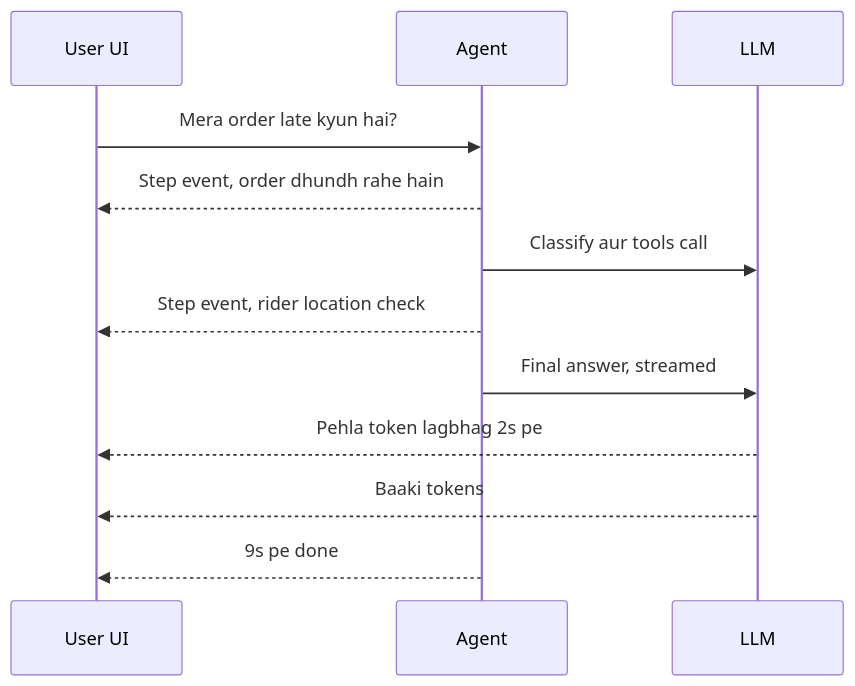
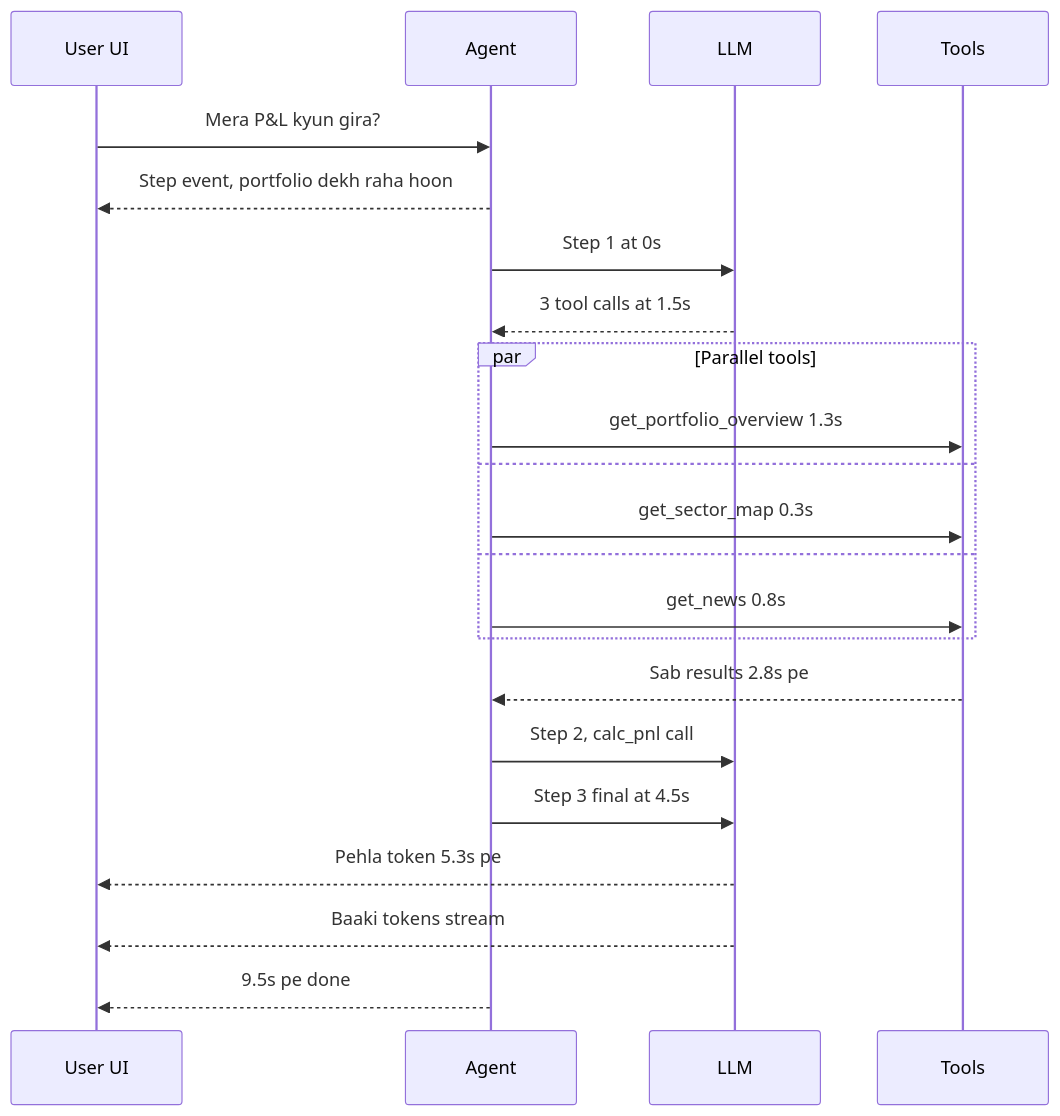
The fifth of 7 diagrams in content/11-agentic/11-cost-latency.md (flow6979/viewinter), drawn with Mermaid before and after one commit. The commit also changed other lines of this file and 26 other files, not shown here.

First line of the commit message:
Agentic AI: rewrite all 13 pages to explain from scratch; animate diagrams on every article

````diff
--- a/content/11-agentic/11-cost-latency.md
+++ b/content/11-agentic/11-cost-latency.md
@@ -231,14 +465,24 @@
 ```mermaid
 sequenceDiagram
     participant U as User UI
     participant A as Agent
     participant L as LLM
-    U->>A: Mera order late kyun hai?
-    A-->>U: Step event, order dhundh rahe hain
-    A->>L: Classify aur tools call
-    A-->>U: Step event, rider location check
-    A->>L: Final answer, streamed
-    L-->>U: Pehla token lagbhag 2s pe
-    L-->>U: Baaki tokens
-    A-->>U: 9s pe done
+    participant T as Tools
+    U->>A: Mera P&L kyun gira?
+    A-->>U: Step event, portfolio dekh raha hoon
+    A->>L: Step 1 at 0s
+    L-->>A: 3 tool calls at 1.5s
+    par Parallel tools
+        A->>T: get_portfolio_overview 1.3s
+    and
+        A->>T: get_sector_map 0.3s
+    and
+        A->>T: get_news 0.8s
+    end
+    T-->>A: Sab results 2.8s pe
+    A->>L: Step 2, calc_pnl call
+    A->>L: Step 3 final at 4.5s
+    L-->>U: Pehla token 5.3s pe
+    L-->>U: Baaki tokens stream
+    A-->>U: 9.5s pe done
 ```
````
